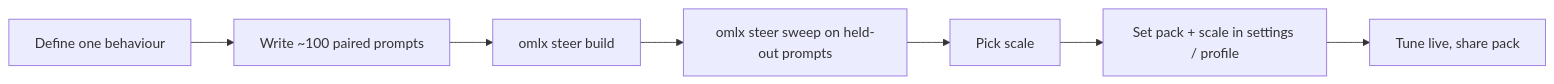
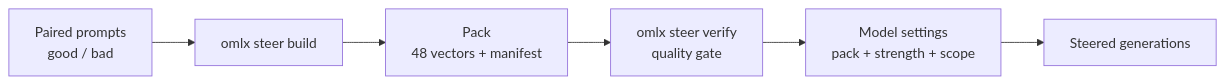
One commit to undici77/omlx changed the diagram in docs/steering.md. Above: the diagram before and after it, drawn with Mermaid. The commit also changed other lines of this file and 7 other files, not shown here.

````diff
--- a/docs/steering.md
+++ b/docs/steering.md
@@ -7,9 +11,8 @@
 ```mermaid
 flowchart LR
-    A[Define one behaviour] --> B[Write ~100 paired prompts]
-    B --> C[omlx steer build]
-    C --> D[omlx steer sweep on held-out prompts]
-    D --> E[Pick scale]
-    E --> F[Set pack + scale in settings / profile]
-    F --> G[Tune live, share pack]
+    A[Paired prompts<br/>good / bad] --> B[omlx steer build]
+    B --> C[Pack<br/>48 vectors + manifest]
+    C --> D[omlx steer verify<br/>quality gate]
+    D --> E[Model settings<br/>pack + strength + scope]
+    E --> F[Steered generations]
 ```
````
